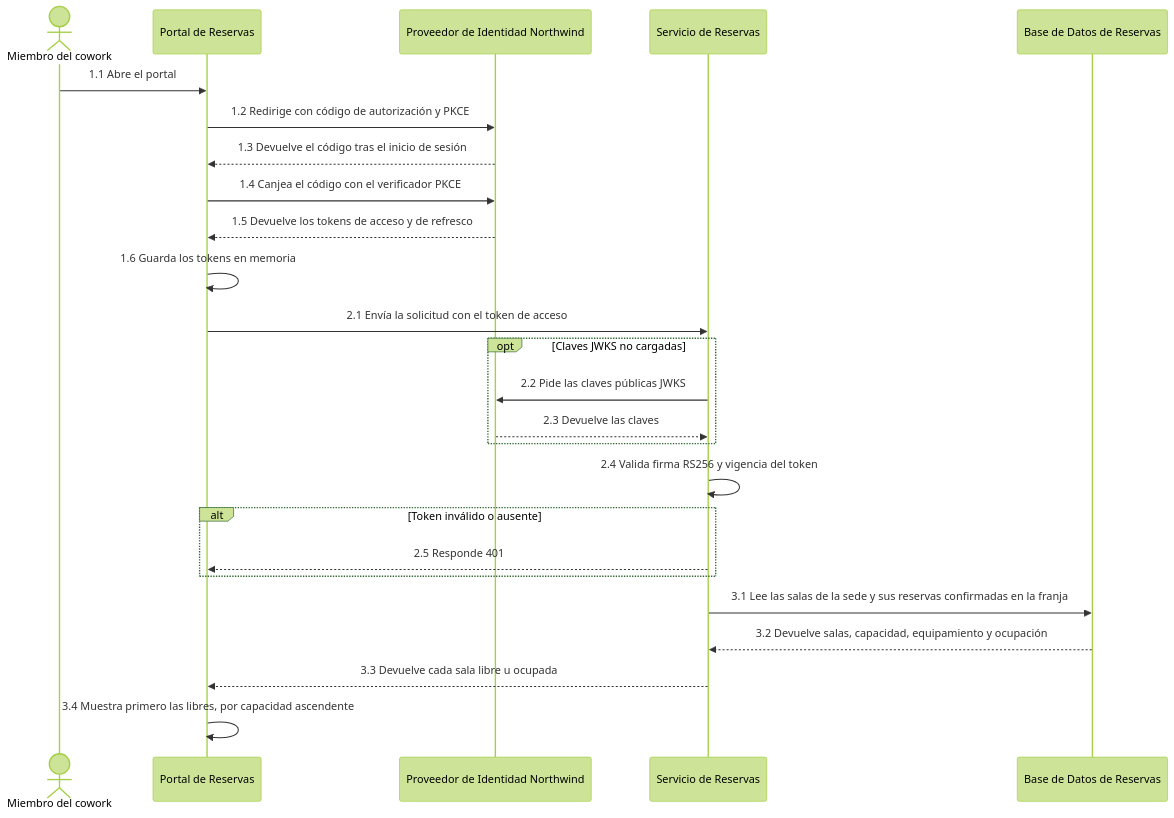
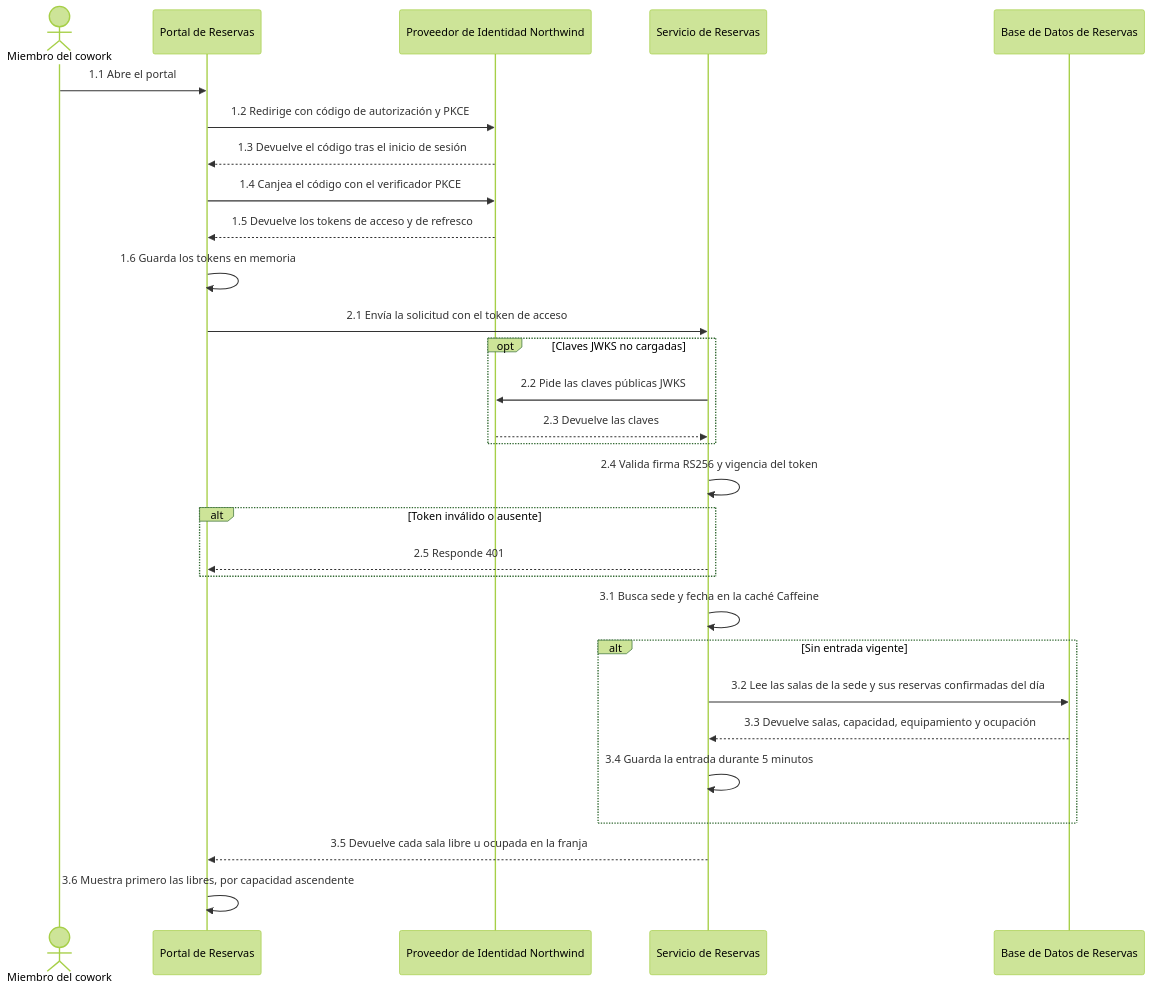
Before and after one commit to shadowX4fox/northwind-reservas: the sixth of 8 diagrams in docs/04-data-flow-patterns.md, drawn with Mermaid (forest theme). The commit also changed other lines of this file and 13 other files, not shown here.

First line of the commit message:
arch: ADR-108 caché Caffeine para la disponibilidad (ESC-002); ADR-101 a ADR-108 Accepted

````diff
--- a/docs/04-data-flow-patterns.md
+++ b/docs/04-data-flow-patterns.md
@@ -224,27 +228,31 @@
 ```mermaid
 sequenceDiagram
   actor MIE as Miembro del cowork
   participant POR as Portal de Reservas
   participant IDP as Proveedor de Identidad Northwind
   participant SRV as Servicio de Reservas
   participant BDR as Base de Datos de Reservas
   MIE->>POR: 1.1 Abre el portal
   POR->>IDP: 1.2 Redirige con código de autorización y PKCE
   IDP-->>POR: 1.3 Devuelve el código tras el inicio de sesión
   POR->>IDP: 1.4 Canjea el código con el verificador PKCE
   IDP-->>POR: 1.5 Devuelve los tokens de acceso y de refresco
   POR->>POR: 1.6 Guarda los tokens en memoria
   POR->>SRV: 2.1 Envía la solicitud con el token de acceso
   opt Claves JWKS no cargadas
   SRV->>IDP: 2.2 Pide las claves públicas JWKS
   IDP-->>SRV: 2.3 Devuelve las claves
   end
   SRV->>SRV: 2.4 Valida firma RS256 y vigencia del token
   alt Token inválido o ausente
   SRV-->>POR: 2.5 Responde 401
   end
-  SRV->>BDR: 3.1 Lee las salas de la sede y sus reservas confirmadas en la franja
-  BDR-->>SRV: 3.2 Devuelve salas, capacidad, equipamiento y ocupación
-  SRV-->>POR: 3.3 Devuelve cada sala libre u ocupada
-  POR->>POR: 3.4 Muestra primero las libres, por capacidad ascendente
+  SRV->>SRV: 3.1 Busca sede y fecha en la caché Caffeine
+  alt Sin entrada vigente
+  SRV->>BDR: 3.2 Lee las salas de la sede y sus reservas confirmadas del día
+  BDR-->>SRV: 3.3 Devuelve salas, capacidad, equipamiento y ocupación
+  SRV->>SRV: 3.4 Guarda la entrada durante 5 minutos
+  end
+  SRV-->>POR: 3.5 Devuelve cada sala libre u ocupada en la franja
+  POR->>POR: 3.6 Muestra primero las libres, por capacidad ascendente
 ```
````
